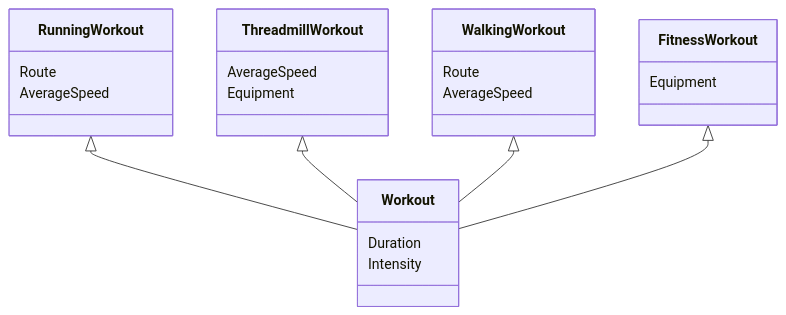
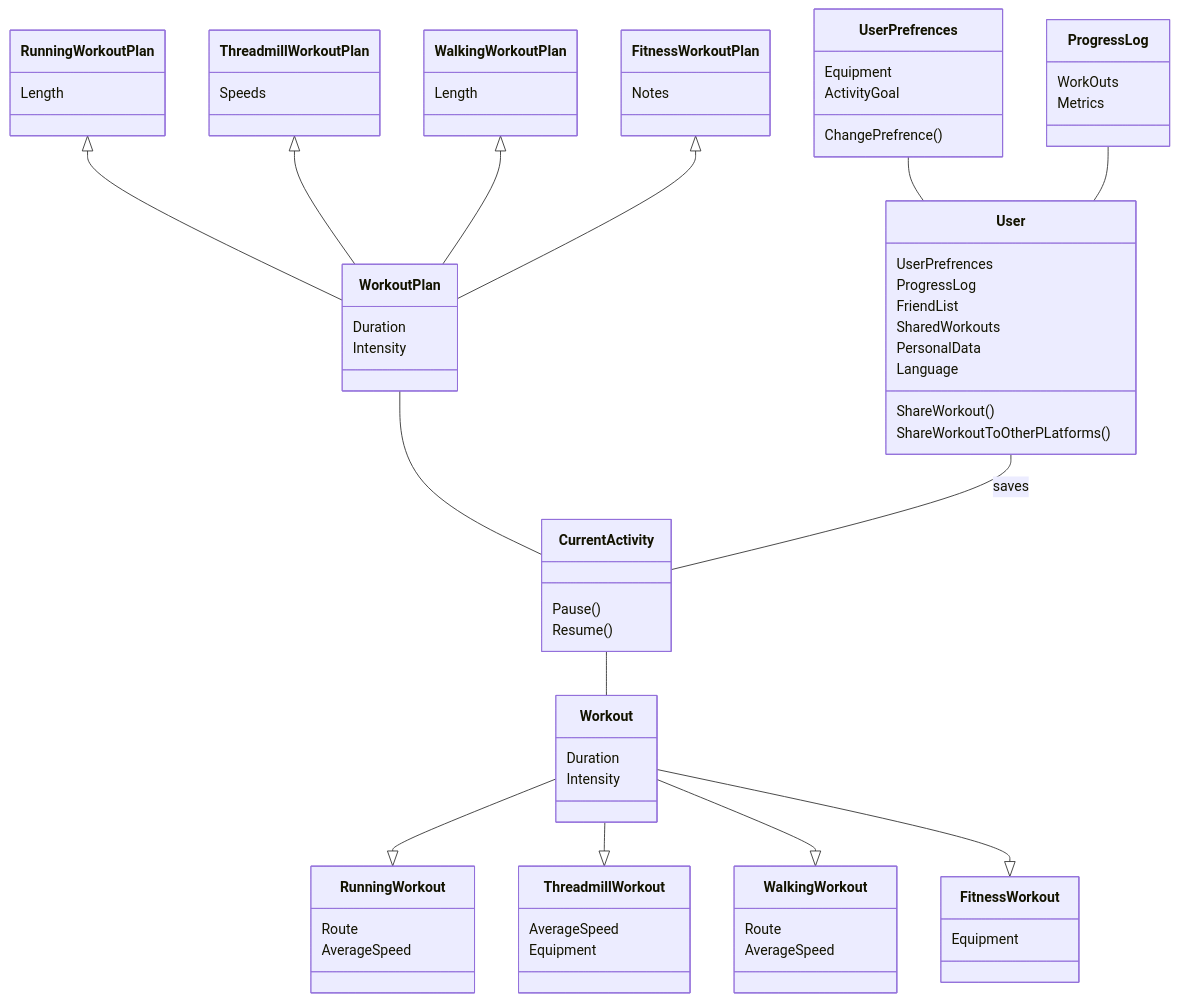
Before and after one commit to SteHun/WorkoutappAssignment: the first of 2 diagrams in graph.md, drawn with Mermaid. The commit also changed 1 other file, not shown here.

Commit message:
worked on model

````diff
--- a/graph.md
+++ b/graph.md
@@ -2,26 +2,77 @@
 ```mermaid
 classDiagram
     class Workout{
       Duration
       Intensity 
     }
-    RunningWorkout <|-- Workout
+    Workout --|> RunningWorkout
     class RunningWorkout{
       Route
       AverageSpeed
     }
-    ThreadmillWorkout <|-- Workout
+    Workout --|> ThreadmillWorkout 
     class ThreadmillWorkout{
       AverageSpeed
       Equipment
     }
-    WalkingWorkout <|-- Workout
+    Workout --|> WalkingWorkout 
     class WalkingWorkout{
       Route
       AverageSpeed
     }
-    FitnessWorkout <|-- Workout
+    Workout --|> FitnessWorkout 
     class FitnessWorkout{
       Equipment
     }
+
+    class WorkoutPlan{
+      Duration
+      Intensity 
+    }
+    RunningWorkoutPlan <|-- WorkoutPlan
+    class RunningWorkoutPlan{
+      Length
+    }
+    ThreadmillWorkoutPlan <|-- WorkoutPlan
+    class ThreadmillWorkoutPlan{
+      Speeds
+    }
+    WalkingWorkoutPlan <|-- WorkoutPlan
+    class WalkingWorkoutPlan{
+      Length
+    }
+    FitnessWorkoutPlan <|-- WorkoutPlan
+    class FitnessWorkoutPlan{
+      Notes
+    }
+    WorkoutPlan -- CurrentActivity
+    CurrentActivity -- Workout
+    class CurrentActivity{
+      Pause()
+      Resume()
+    }
+
+    class UserPrefrences{
+      Equipment
+      ActivityGoal
+      ChangePrefrence()
+    }
+
+    class ProgressLog{
+      WorkOuts
+      Metrics
+    }
+    UserPrefrences -- User
+    ProgressLog -- User
+    User -- CurrentActivity :saves
+    class User{
+      UserPrefrences
+      ProgressLog
+      FriendList
+      SharedWorkouts
+      PersonalData
+      Language
+      ShareWorkout()
+      ShareWorkoutToOtherPLatforms()
+    }
 ```
````
